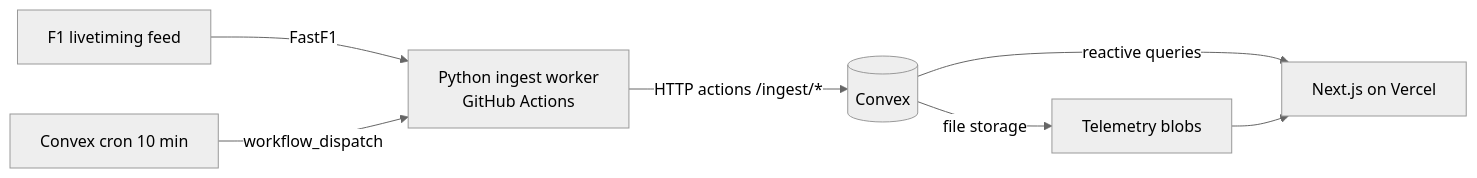
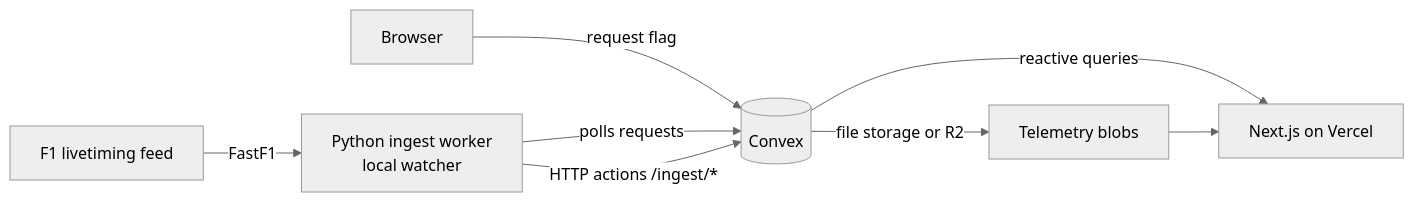
The diagram in README.md (brusayannick/f1telemetrytool), drawn with Mermaid (neutral theme) before and after one commit. The commit also changed other lines of this file and 3 other files, not shown here.

````diff
--- a/README.md
+++ b/README.md
@@ -16,8 +17,9 @@
 ```mermaid
 flowchart LR
-  F1[F1 livetiming feed] -->|FastF1| W[Python ingest worker\nGitHub Actions]
-  W -->|HTTP actions /ingest/*| C[(Convex)]
+  B[Browser] -->|request flag| C[(Convex)]
+  W[Python ingest worker\nlocal watcher] -->|polls requests| C
+  F1[F1 livetiming feed] -->|FastF1| W
+  W -->|HTTP actions /ingest/*| C
   C -->|reactive queries| N[Next.js on Vercel]
-  C -->|file storage| T[Telemetry blobs] --> N
-  CR[Convex cron 10 min] -->|workflow_dispatch| W
+  C -->|file storage or R2| T[Telemetry blobs] --> N
 ```
````
